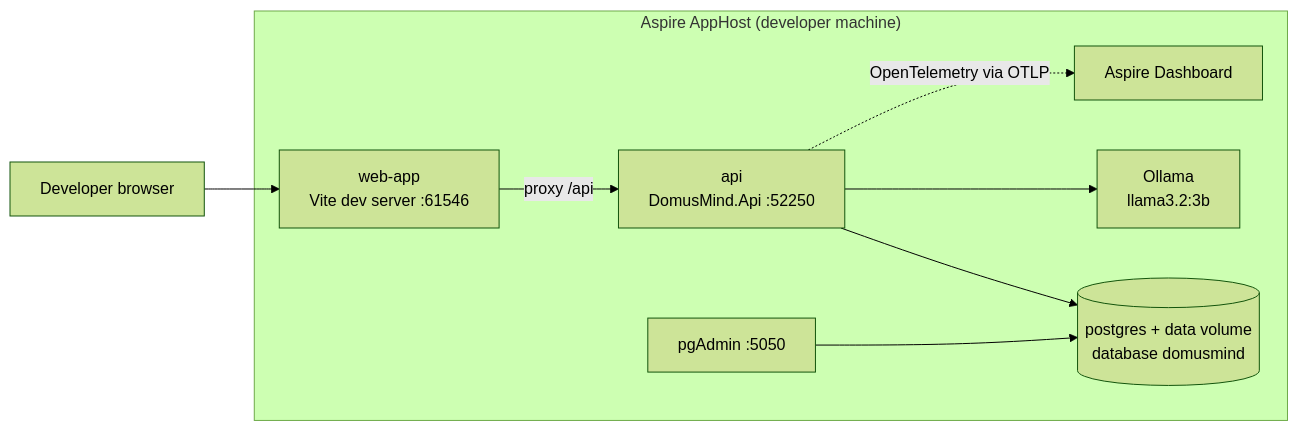
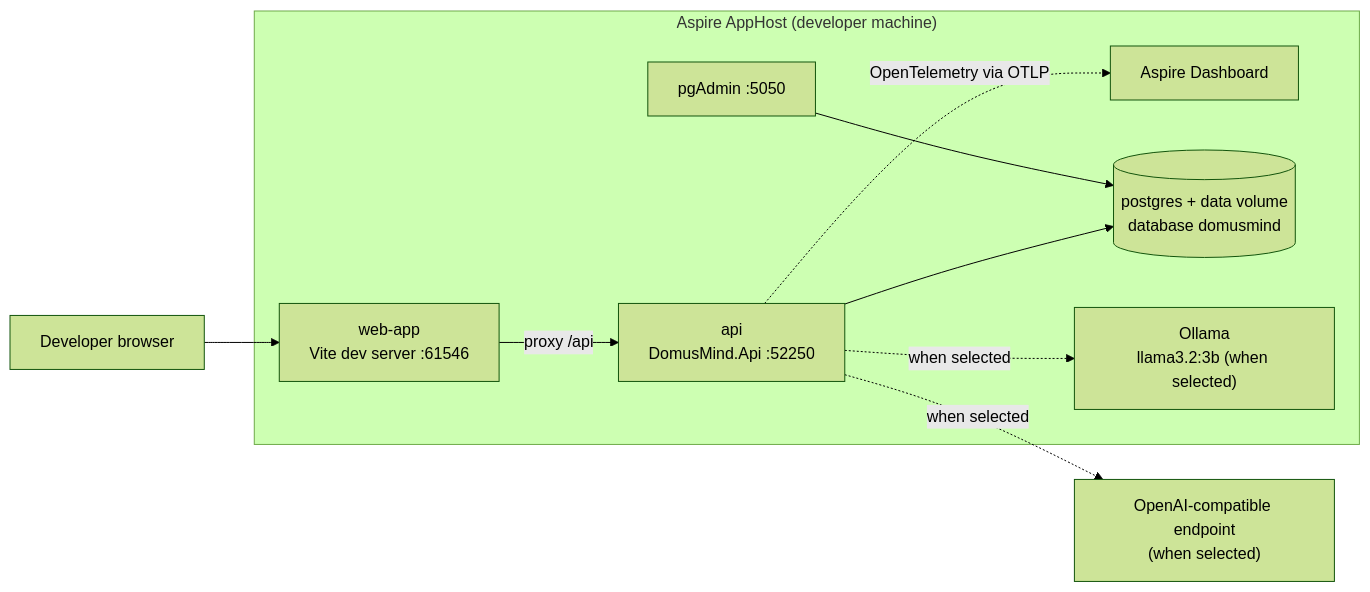
One commit to juangcarmona/domusmind changed the second of 2 diagrams in docs/architecture/07-deployment-view.md. Above: the diagram before and after it, drawn with Mermaid (forest theme). The commit also changed other lines of this file and 23 other files, not shown here.

````diff
--- a/docs/architecture/07-deployment-view.md
+++ b/docs/architecture/07-deployment-view.md
@@ -103,18 +105,20 @@
 ```mermaid
 flowchart LR
     dev["Developer browser"]
     subgraph aspire["Aspire AppHost (developer machine)"]
         dashboard["Aspire Dashboard"]
         vite["web-app<br/>Vite dev server :61546"]
         api["api<br/>DomusMind.Api :52250"]
         pg[("postgres + data volume<br/>database domusmind")]
         pgadmin["pgAdmin :5050"]
-        model["Ollama<br/>llama3.2:3b"]
+        model["Ollama<br/>llama3.2:3b (when selected)"]
     end
+    external["OpenAI-compatible endpoint<br/>(when selected)"]
     dev --> vite
     vite -- "proxy /api" --> api
     api --> pg
-    api --> model
+    api -. "when selected" .-> model
+    api -. "when selected" .-> external
     pgadmin --> pg
     api -. "OpenTelemetry via OTLP" .-> dashboard
 ```
````
